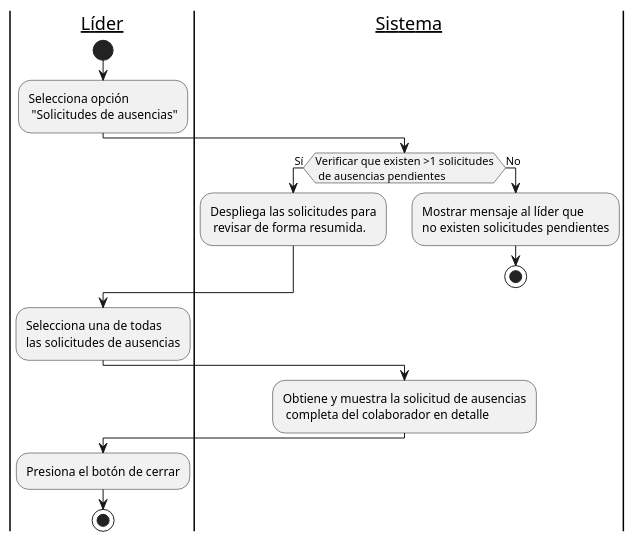
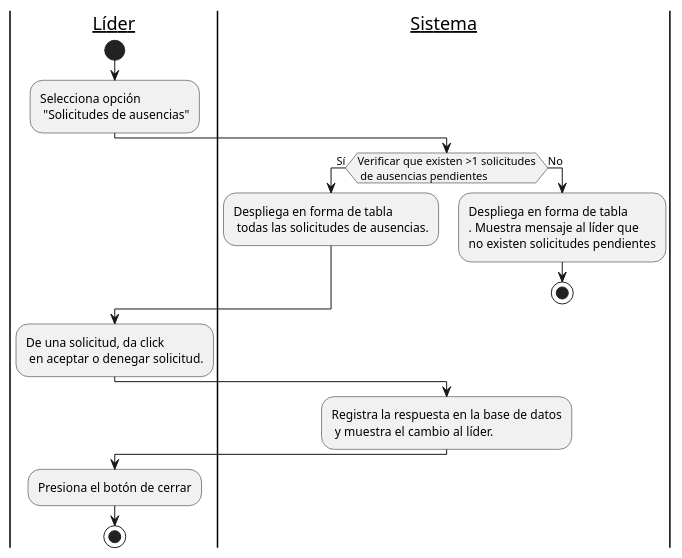
Before and after one commit to EdCanCe/WorkCells: the diagram in diagrams/Casos de Uso/Mauricio/diagrama de actividad/CU01.puml, drawn with PlantUML. The commit also changed 5 other files, not shown here.

```diff
--- a/diagrams/Casos de Uso/Mauricio/diagrama de actividad/CU01.puml
+++ b/diagrams/Casos de Uso/Mauricio/diagrama de actividad/CU01.puml
@@ -1,26 +1,26 @@
-@startuml CU05 - Líder consulta solicitudes de vacaciones de colaborador
+@startuml CU01 - Líder consulta solicitudes de vacaciones de colaborador - Diagrama de actividad
 
 |__Líder__|
 start
 :Selecciona opción\n "Solicitudes de ausencias";
 
 |__Sistema__|
 if(Verificar que existen >1 solicitudes\n de ausencias pendientes) then (Sí)
-    :Despliega las solicitudes para\n revisar de forma resumida.;
+    :Despliega en forma de tabla\n todas las solicitudes de ausencias.;
 else (No)
-    :Mostrar mensaje al líder que\nno existen solicitudes pendientes;
+    :Despliega en forma de tabla\n. Muestra mensaje al líder que\nno existen solicitudes pendientes;
     stop
 endif
 
 |__Líder__|
-:Selecciona una de todas\nlas solicitudes de ausencias;
+:De una solicitud, da click\n en aceptar o denegar solicitud.;
 
 |__Sistema__|
-:Obtiene y muestra la solicitud de ausencias\n completa del colaborador en detalle;
+:Registra la respuesta en la base de datos\n y muestra el cambio al líder.;
 
 |__Líder__|
 :Presiona el botón de cerrar;
 
 stop
 
 @enduml
```
